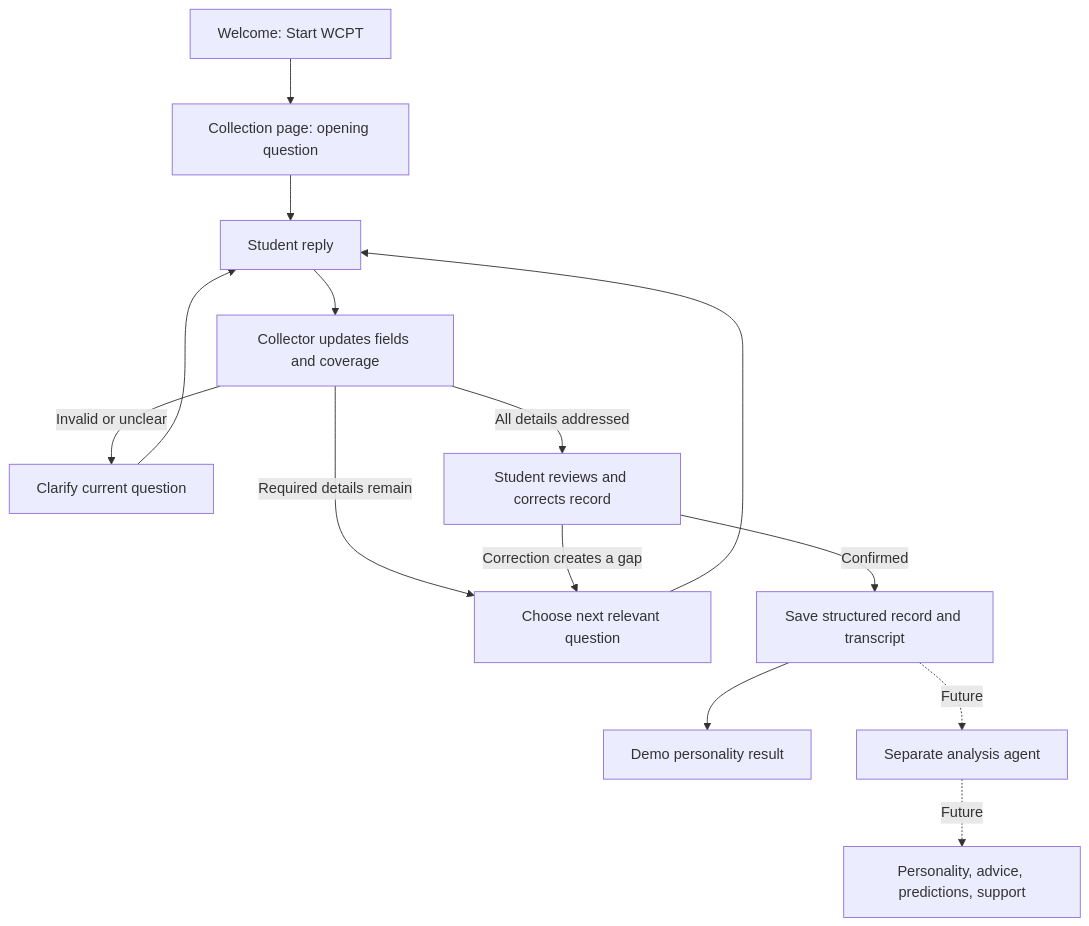
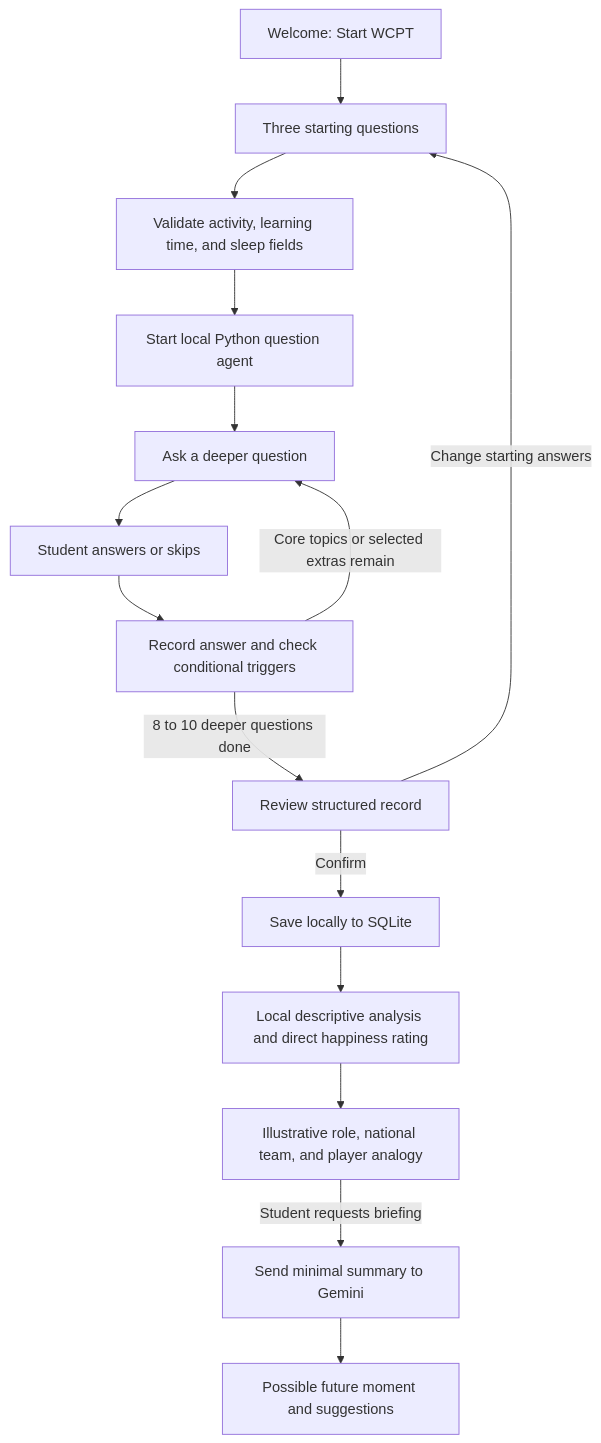
The diagram in frontend/flowchart.md (pkb34/kickoff_coach), drawn with Mermaid before and after one commit. The commit also changed other lines of this file and 22 other files, not shown here.

Commit message:
Add local analysis and optional Gemini WCPT briefing

````diff
--- a/frontend/flowchart.md
+++ b/frontend/flowchart.md
@@ -3,16 +3,17 @@
 ```mermaid
 flowchart TD
-    A[Welcome: Start WCPT] --> B[Collection page: opening question]
-    B --> C[Student reply]
-    C --> D[Collector updates fields and coverage]
-    D -->|Invalid or unclear| E[Clarify current question]
-    E --> C
-    D -->|Required details remain| F[Choose next relevant question]
-    F --> C
-    D -->|All details addressed| G[Student reviews and corrects record]
-    G -->|Correction creates a gap| F
-    G -->|Confirmed| H[Save structured record and transcript]
-    H --> I[Demo personality result]
-    H -.Future.-> J[Separate analysis agent]
-    J -.Future.-> K[Personality, advice, predictions, support]
+    A[Welcome: Start WCPT] --> B[Three starting questions]
+    B --> C[Validate activity, learning time, and sleep fields]
+    C --> D[Start local Python question agent]
+    D --> E[Ask a deeper question]
+    E --> F[Student answers or skips]
+    F --> G[Record answer and check conditional triggers]
+    G -->|Core topics or selected extras remain| E
+    G -->|8 to 10 deeper questions done| H[Review structured record]
+    H -->|Change starting answers| B
+    H -->|Confirm| I[Save locally to SQLite]
+    I --> J[Local descriptive analysis and direct happiness rating]
+    J --> K[Illustrative role, national team, and player analogy]
+    K -->|Student requests briefing| L[Send minimal summary to Gemini]
+    L --> M[Possible future moment and suggestions]
 ```
````
